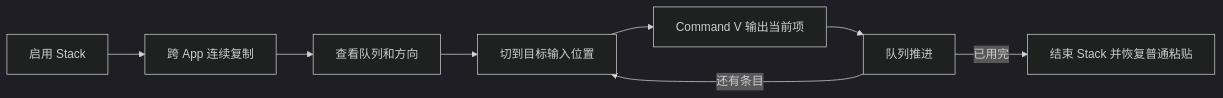
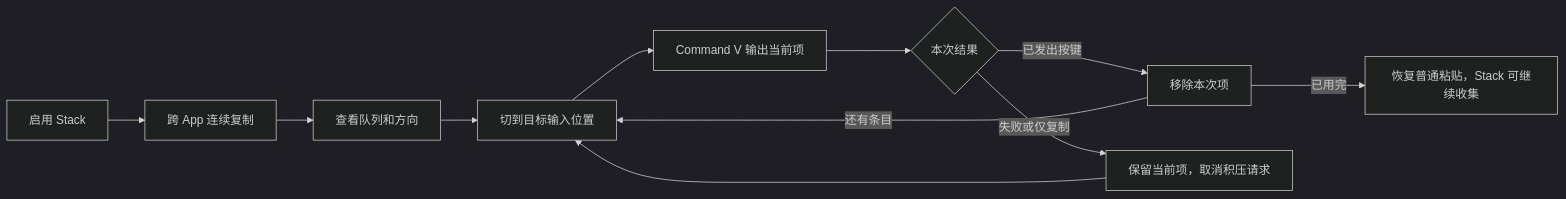
Before and after one commit to Bestbbb/clipshelf: the third of 3 diagrams in docs/PRODUCT_FLOWS.zh-CN.md, drawn with Mermaid (dark theme). The commit also changed other lines of this file and 20 other files, not shown here.

````diff
--- a/docs/PRODUCT_FLOWS.zh-CN.md
+++ b/docs/PRODUCT_FLOWS.zh-CN.md
@@ -328,10 +334,13 @@
 ```mermaid
 flowchart LR
     A[启用 Stack] --> B[跨 App 连续复制]
     B --> C[查看队列和方向]
     C --> D[切到目标输入位置]
     D --> E[Command V 输出当前项]
-    E --> F[队列推进]
+    E --> H{本次结果}
+    H -->|已发出按键| F[移除本次项]
+    H -->|失败或仅复制| R[保留当前项，取消积压请求]
+    R --> D
     F -->|还有条目| D
-    F -->|已用完| G[结束 Stack 并恢复普通粘贴]
+    F -->|已用完| G[恢复普通粘贴，Stack 可继续收集]
 ```
````
